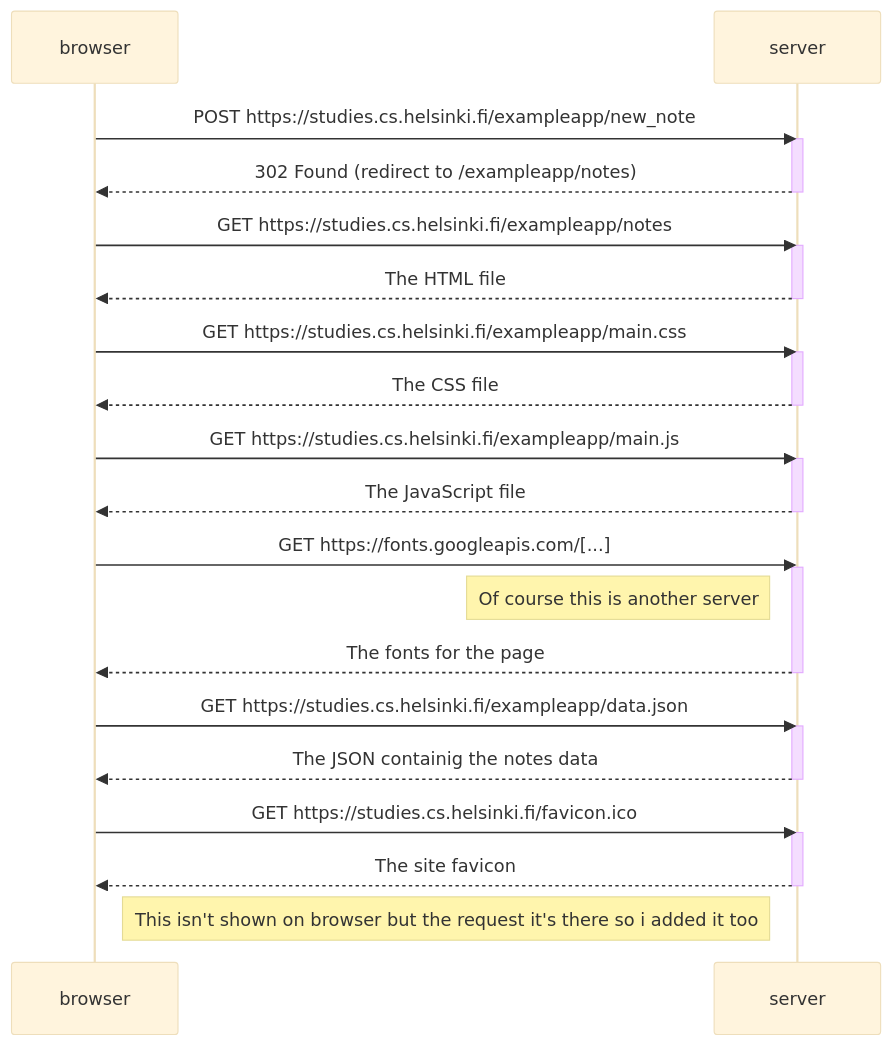
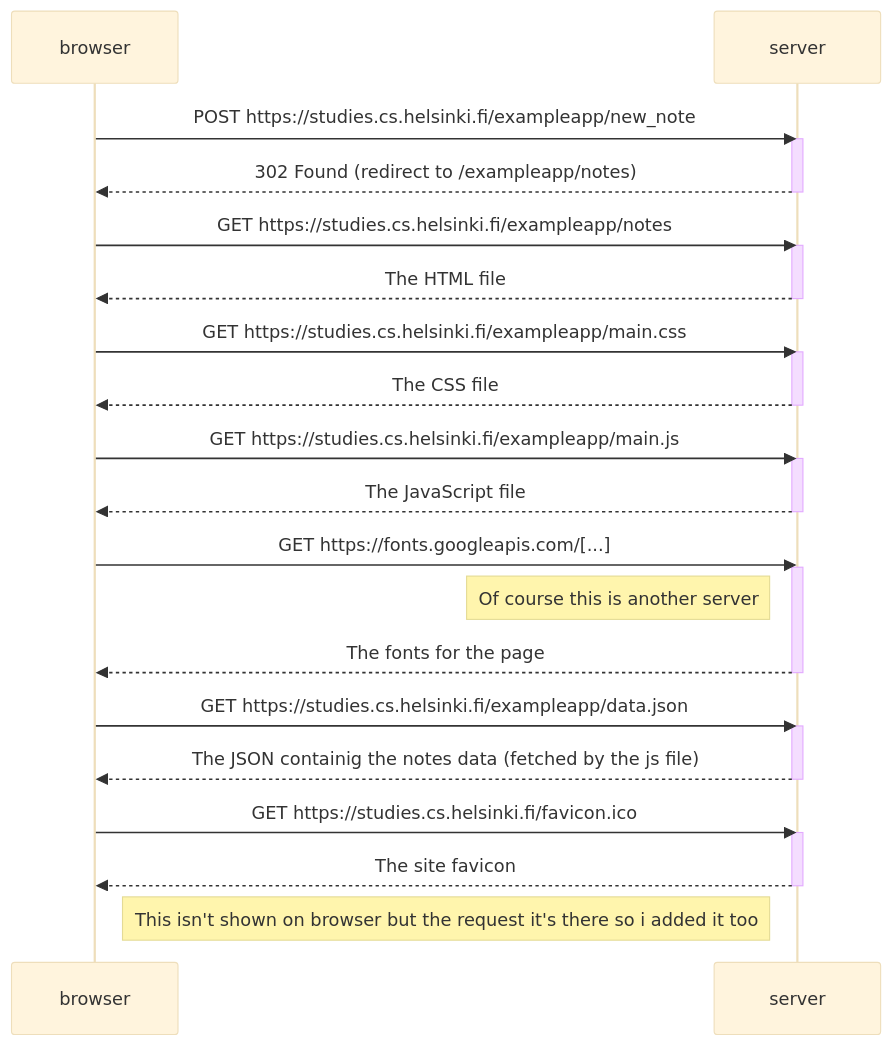
Before and after one commit to ololiuhqui/fullstackopen-javascript-course-exercises: the diagram in part0/0.4-new-note-diagram.md, drawn with Mermaid (base theme).

````diff
--- a/part0/0.4-new-note-diagram.md
+++ b/part0/0.4-new-note-diagram.md
@@ -3,46 +3,46 @@
 ```mermaid
 
 sequenceDiagram
 participant browser
 participant server
 
 browser->>server: POST https://studies.cs.helsinki.fi/exampleapp/new_note
 activate server
 server-->>browser: 302 Found (redirect to /exampleapp/notes)
 deactivate server
 
 browser->>server: GET https://studies.cs.helsinki.fi/exampleapp/notes
 activate server
 server-->>browser: The HTML file
 deactivate server
 
 browser->>server: GET https://studies.cs.helsinki.fi/exampleapp/main.css
 activate server
 server-->>browser: The CSS file
 deactivate server
 
 browser->>server: GET https://studies.cs.helsinki.fi/exampleapp/main.js
 activate server
 server-->>browser: The JavaScript file
 deactivate server
 
 browser->>server: GET https://fonts.googleapis.com/[...]
 activate server
 note left of server: Of course this is another server
 server-->>browser: The fonts for the page
 deactivate server
 
 browser->>server: GET https://studies.cs.helsinki.fi/exampleapp/data.json
 activate server
-server-->>browser: The JSON containig the notes data
+server-->>browser: The JSON containig the notes data (fetched by the js file)
 deactivate server
 
 browser->>server: GET https://studies.cs.helsinki.fi/favicon.ico
 activate server
 server-->>browser: The site favicon
 deactivate server
 
 note right of browser: This isn't shown on browser but the request it's there so i added it too
 
 
 ```
````
